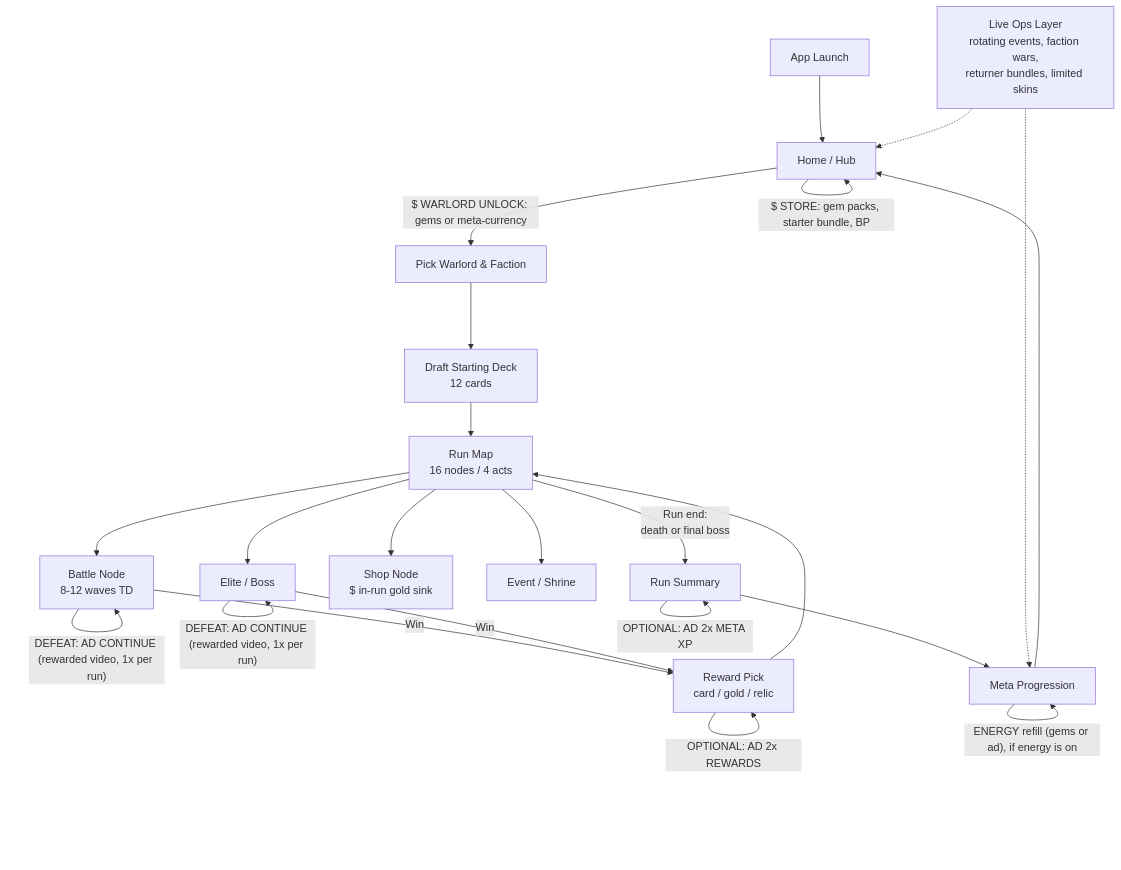
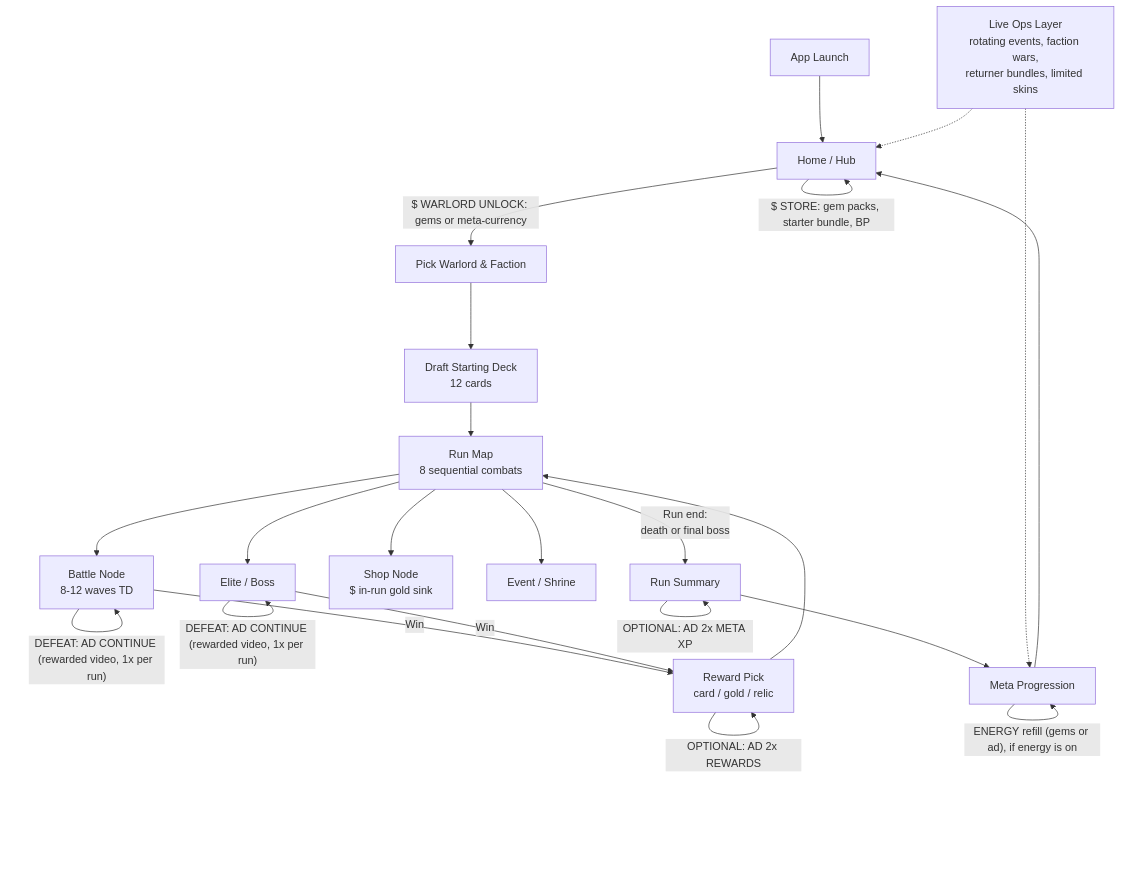
The diagram in monetisation_map.md (Gonzo8285/MobileGame), drawn with Mermaid before and after one commit. The commit also changed other lines of this file and 61 other files, not shown here.

````diff
--- a/monetisation_map.md
+++ b/monetisation_map.md
@@ -7,38 +7,38 @@
 ```mermaid
 flowchart TD
     A[App Launch] --> B[Home / Hub]
     B -->|"$ STORE: gem packs, starter bundle, BP"| B
     B -->|"$ WARLORD UNLOCK: gems or meta-currency"| C[Pick Warlord & Faction]
     C --> D[Draft Starting Deck<br/>12 cards]
-    D --> E[Run Map<br/>16 nodes / 4 acts]
+    D --> E[Run Map<br/>8 sequential combats]
 
     E --> F[Battle Node<br/>8-12 waves TD]
     E --> G[Elite / Boss]
     E --> H[Shop Node<br/>$ in-run gold sink]
     E --> I[Event / Shrine]
 
     F -->|Win| J[Reward Pick<br/>card / gold / relic]
     G -->|Win| J
     F -->|"DEFEAT: AD CONTINUE (rewarded video, 1x per run)"| F
     G -->|"DEFEAT: AD CONTINUE (rewarded video, 1x per run)"| G
 
     J --> E
     J -->|"OPTIONAL: AD 2x REWARDS"| J
 
     E -->|Run end:<br/>death or final boss| K[Run Summary]
     K -->|"OPTIONAL: AD 2x META XP"| K
     K --> L[Meta Progression]
 
     L -->|"$ BATTLE PASS premium track unlock"| L
     L -->|"BP claim: free + premium rewards"| L
     L -->|"$ COSMETIC SKINS for Warlords / boards"| L
     L -->|"DAILY CHEST (1x free, ad-gated 2nd)"| L
     L -->|"$ GACHA pull (gems) + AD bonus pull"| L
     L -->|"ENERGY refill (gems or ad), if energy is on"| L
 
     L --> B
 
     M[Live Ops Layer<br/>rotating events, faction wars,<br/>returner bundles, limited skins]
     M -.-> B
     M -.-> L
 ```
````
